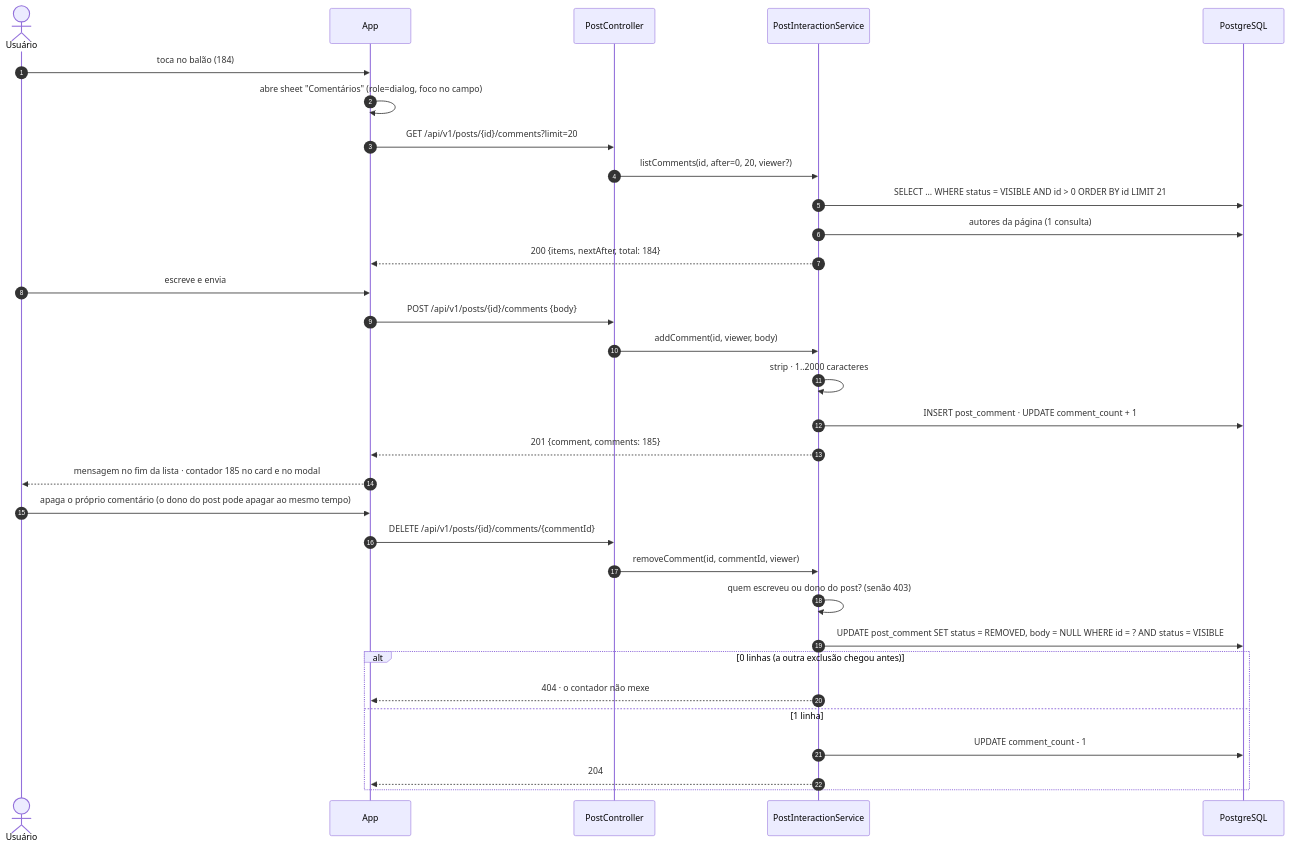
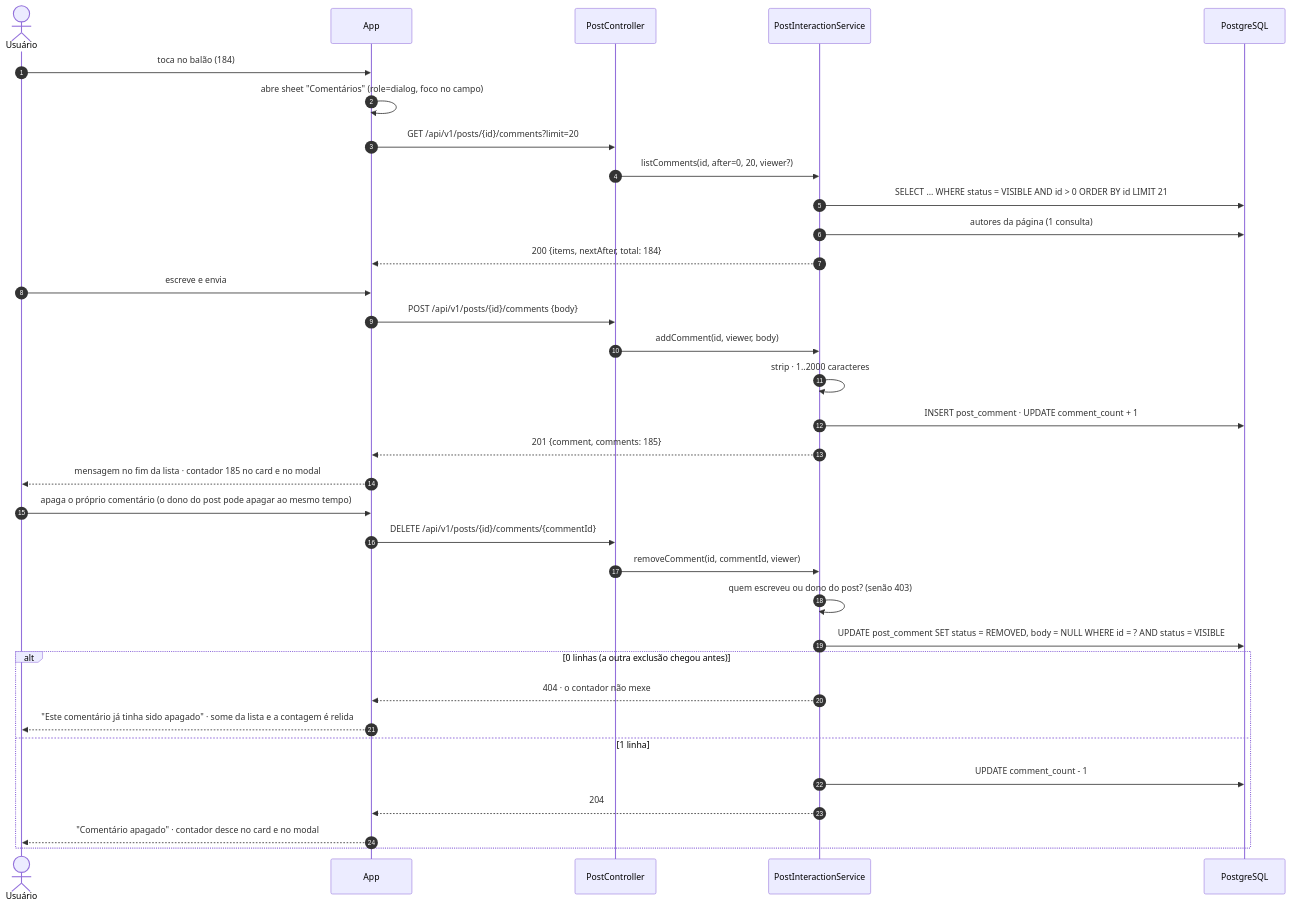
One commit to MatheusHaliski/orange_social_velion changed the third of 7 diagrams in docs/rf/RF26-interacoes-post.md. Above: the diagram before and after it, drawn with Mermaid. The commit also changed other lines of this file and 14 other files, not shown here.

````diff
--- a/docs/rf/RF26-interacoes-post.md
+++ b/docs/rf/RF26-interacoes-post.md
@@ -111,35 +116,37 @@
 ```mermaid
 sequenceDiagram
     autonumber
     actor U as Usuário
     participant APP as App
     participant API as PostController
     participant S as PostInteractionService
     participant PG as PostgreSQL
 
     U->>APP: toca no balão (184)
     APP->>APP: abre sheet "Comentários" (role=dialog, foco no campo)
     APP->>API: GET /api/v1/posts/{id}/comments?limit=20
     API->>S: listComments(id, after=0, 20, viewer?)
     S->>PG: SELECT … WHERE status = VISIBLE AND id > 0 ORDER BY id LIMIT 21
     S->>PG: autores da página (1 consulta)
     S-->>APP: 200 {items, nextAfter, total: 184}
     U->>APP: escreve e envia
     APP->>API: POST /api/v1/posts/{id}/comments {body}
     API->>S: addComment(id, viewer, body)
     S->>S: strip · 1..2000 caracteres
     S->>PG: INSERT post_comment · UPDATE comment_count + 1
     S-->>APP: 201 {comment, comments: 185}
     APP-->>U: mensagem no fim da lista · contador 185 no card e no modal
     U->>APP: apaga o próprio comentário (o dono do post pode apagar ao mesmo tempo)
     APP->>API: DELETE /api/v1/posts/{id}/comments/{commentId}
     API->>S: removeComment(id, commentId, viewer)
     S->>S: quem escreveu ou dono do post? (senão 403)
     S->>PG: UPDATE post_comment SET status = REMOVED, body = NULL WHERE id = ? AND status = VISIBLE
     alt 0 linhas (a outra exclusão chegou antes)
         S-->>APP: 404 · o contador não mexe
+        APP-->>U: "Este comentário já tinha sido apagado" · some da lista e a contagem é relida
     else 1 linha
         S->>PG: UPDATE comment_count - 1
         S-->>APP: 204
+        APP-->>U: "Comentário apagado" · contador desce no card e no modal
     end
 ```
````
